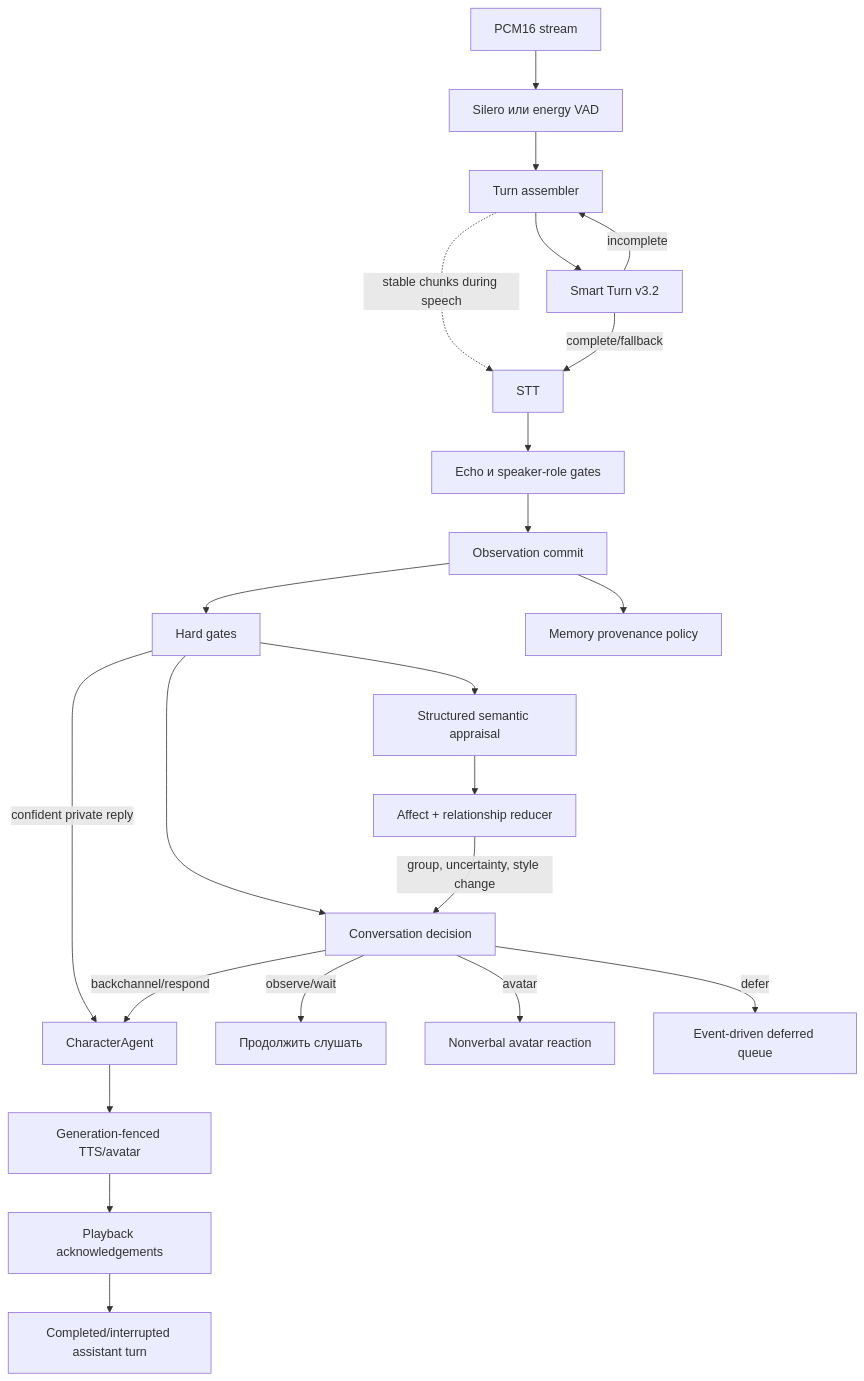
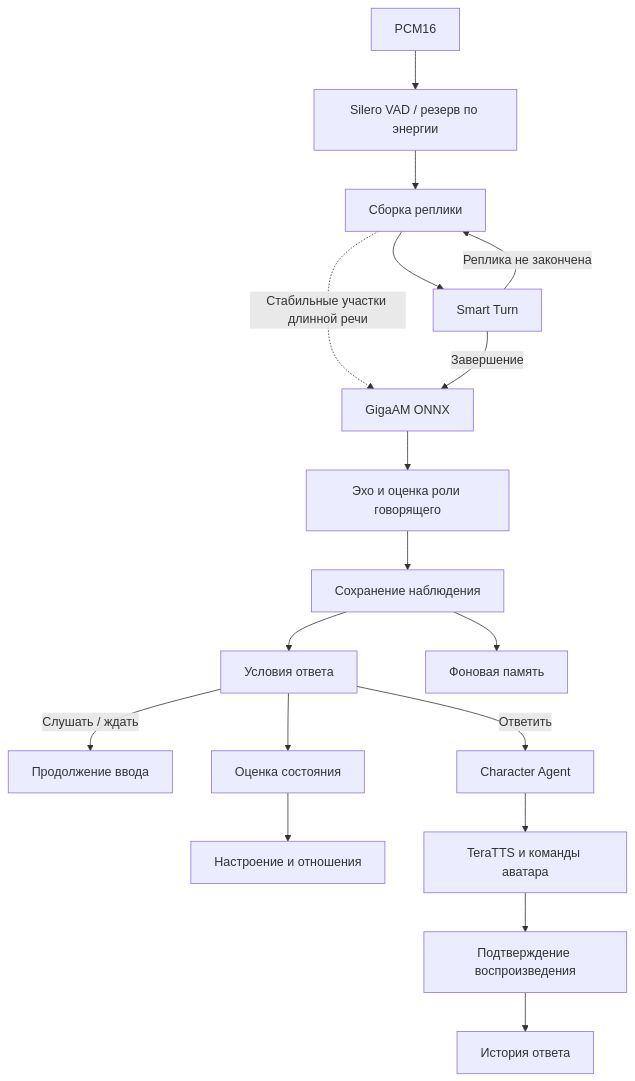
Before and after one commit to bad1and/NeuroAsist: the diagram in Docs/live-conversation.md, drawn with Mermaid. The commit also changed other lines of this file and 51 other files, not shown here.

````diff
--- a/Docs/live-conversation.md
+++ b/Docs/live-conversation.md
@@ -16,25 +14,20 @@
 ```mermaid
 flowchart TD
-    PCM["PCM16 stream"] --> VAD["Silero или energy VAD"]
-    VAD --> TURN["Turn assembler"]
-    TURN -. "stable chunks during speech" .-> STT
-    TURN --> SMART["Smart Turn v3.2"]
-    SMART -->|"incomplete"| TURN
-    SMART -->|"complete/fallback"| STT["STT"]
-    STT --> ECHO["Echo и speaker-role gates"]
-    ECHO --> OBS["Observation commit"]
-    OBS --> GATE["Hard gates"]
-    GATE -->|"confident private reply"| AGENT
-    GATE --> APPRAISAL["Structured semantic appraisal"]
-    APPRAISAL --> STATE["Affect + relationship reducer"]
-    OBS --> MEMORY["Memory provenance policy"]
-    GATE --> DECISION["Conversation decision"]
-    STATE -->|"group, uncertainty, style change"| DECISION
-    DECISION -->|"observe/wait"| LISTEN["Продолжить слушать"]
-    DECISION -->|"avatar"| AVATAR["Nonverbal avatar reaction"]
-    DECISION -->|"defer"| DEFER["Event-driven deferred queue"]
-    DECISION -->|"backchannel/respond"| AGENT["CharacterAgent"]
-    AGENT --> FENCE["Generation-fenced TTS/avatar"]
-    FENCE --> ACK["Playback acknowledgements"]
-    ACK --> TIMELINE["Completed/interrupted assistant turn"]
+    PCM["PCM16"] --> VAD["Silero VAD / резерв по энергии"]
+    VAD --> TURN["Сборка реплики"]
+    TURN -. "Стабильные участки длинной речи" .-> STT["GigaAM ONNX"]
+    TURN --> SMART["Smart Turn"]
+    SMART -->|"Реплика не закончена"| TURN
+    SMART -->|"Завершение"| STT
+    STT --> ECHO["Эхо и оценка роли говорящего"]
+    ECHO --> OBS["Сохранение наблюдения"]
+    OBS --> GATE["Условия ответа"]
+    OBS --> MEMORY["Фоновая память"]
+    GATE -->|"Слушать / ждать"| LISTEN["Продолжение ввода"]
+    GATE -->|"Ответить"| AGENT["Character Agent"]
+    GATE --> APPRAISAL["Оценка состояния"]
+    APPRAISAL --> STATE["Настроение и отношения"]
+    AGENT --> TTS["TeraTTS и команды аватара"]
+    TTS --> ACK["Подтверждение воспроизведения"]
+    ACK --> TIMELINE["История ответа"]
 ```
````
